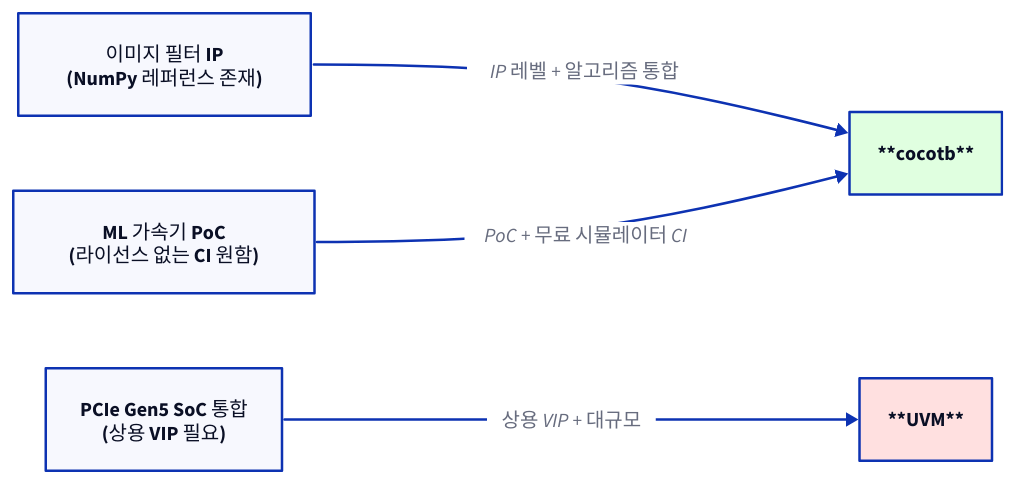
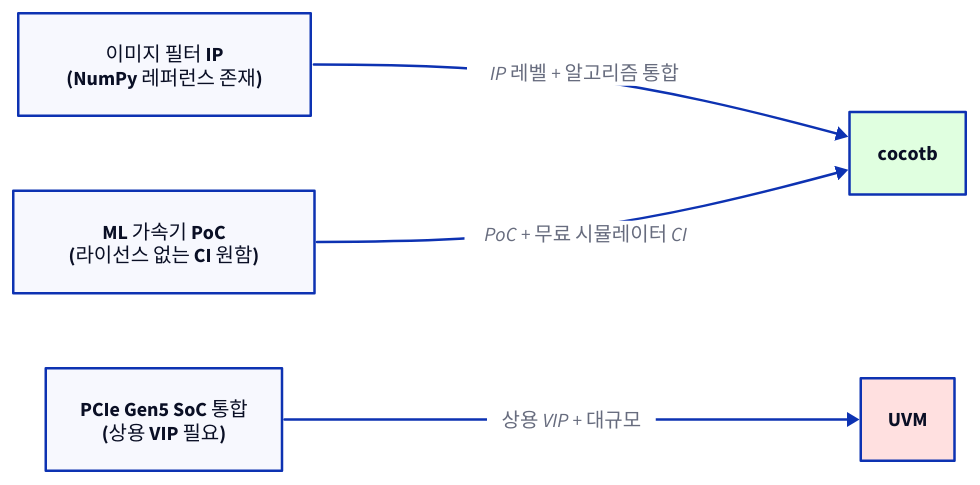
One commit to humbleowl39/DV_SKOOL changed the second of 2 diagrams in starlight_site/src/content/docs/cocotb/03_when_to_use_tradeoffs.md. Above: the diagram before and after it, drawn with D2. The commit also changed other lines of this file and 714 other files, not shown here.

First line of the commit message:
fix(site): d2 다이어그램 가독성 결함 6종 일괄 수정

````diff
--- a/starlight_site/src/content/docs/cocotb/03_when_to_use_tradeoffs.md
+++ b/starlight_site/src/content/docs/cocotb/03_when_to_use_tradeoffs.md
@@ -72,12 +72,12 @@
 ```d2
 direction: right
 
 T1: "이미지 필터 IP\n(NumPy 레퍼런스 존재)"
 T2: "PCIe Gen5 SoC 통합\n(상용 VIP 필요)"
 T3: "ML 가속기 PoC\n(라이선스 없는 CI 원함)"
-C: "**cocotb**" { style.fill: "#e0ffe0"; style.font-color: "#0A0F25" }
-U: "**UVM**" { style.fill: "#ffe0e0"; style.font-color: "#0A0F25" }
+C: "cocotb" { style.fill: "#e0ffe0"; style.font-color: "#0A0F25" }
+U: "UVM" { style.fill: "#ffe0e0"; style.font-color: "#0A0F25" }
 T1 -> C: "IP 레벨 + 알고리즘 통합"
 T2 -> U: "상용 VIP + 대규모"
 T3 -> C: "PoC + 무료 시뮬레이터 CI"
 ```
````
